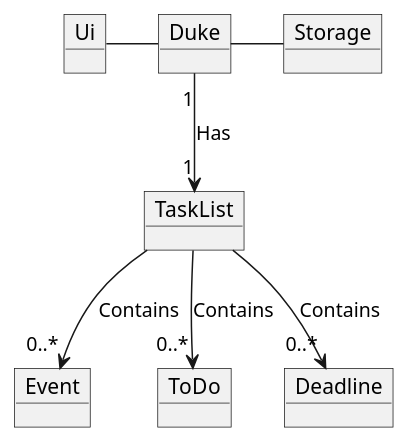
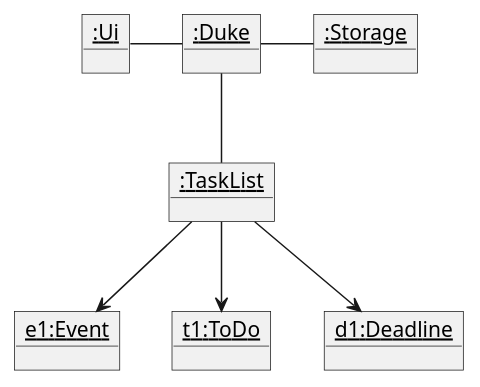
One commit to nus-tic4002-AY2122s2/ip changed the diagram in docs/UML/Object.puml. Above: the diagram before and after it, drawn with PlantUML.

```diff
--- a/docs/UML/Object.puml
+++ b/docs/UML/Object.puml
@@ -1,21 +1,21 @@
 @startuml
 'https://plantuml.com/object-diagram
 
-object Duke
-object Ui
-object TaskList
-object Storage
-object Event
-object ToDo
-object Deadline
+object "<u>:Duke" As Duke
+object "<u>:Ui" As Ui
+object "<u>:TaskList" As TaskList
+object "<u>:Storage" As Storage
+object "<u>e1:Event" As Event
+object "<u>t1:ToDo" As ToDo
+object "<u>d1:Deadline" As Deadline
 
 Ui - Duke
-Duke "1" --> "1" TaskList : Has
+Duke  -- TaskList
 Duke - Storage
-TaskList --> "0..*" Event : Contains
-TaskList --> "0..*" ToDo : Contains
-TaskList --> "0..*" Deadline : Contains
+TaskList --> Event
+TaskList -->  ToDo
+TaskList -->  Deadline
 
 
 
 @enduml
```
